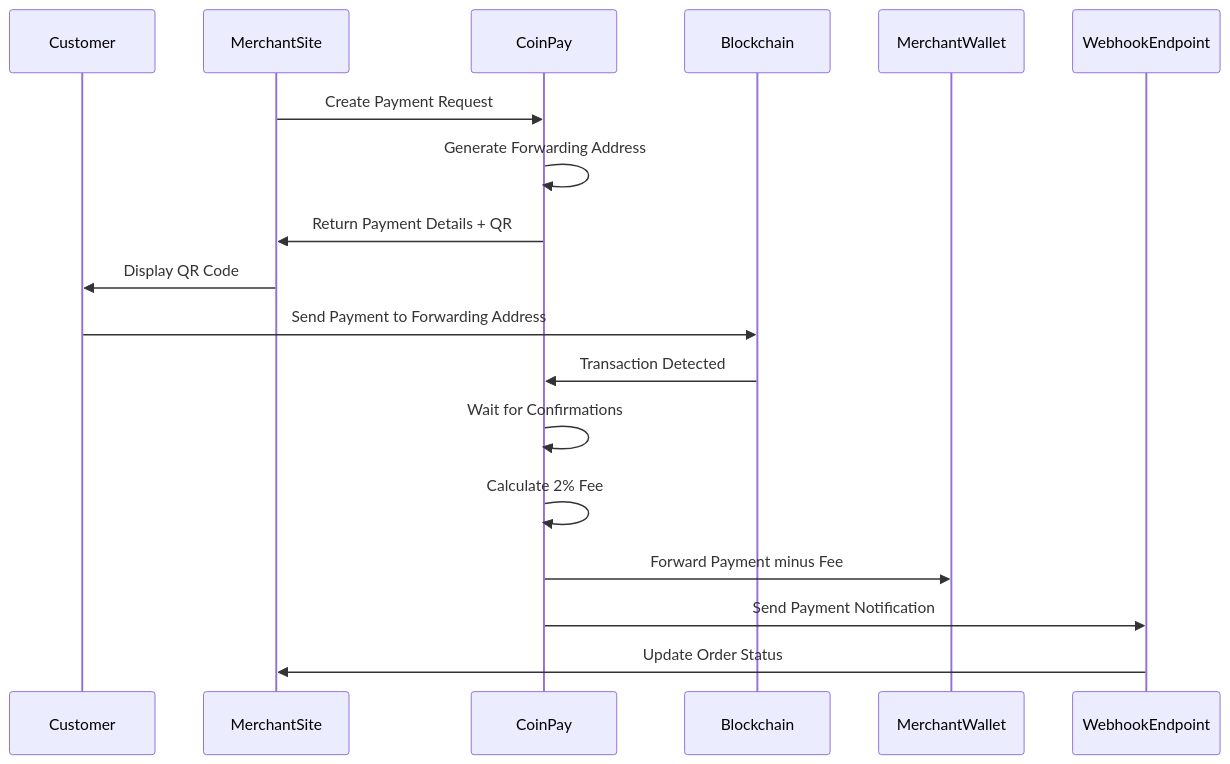
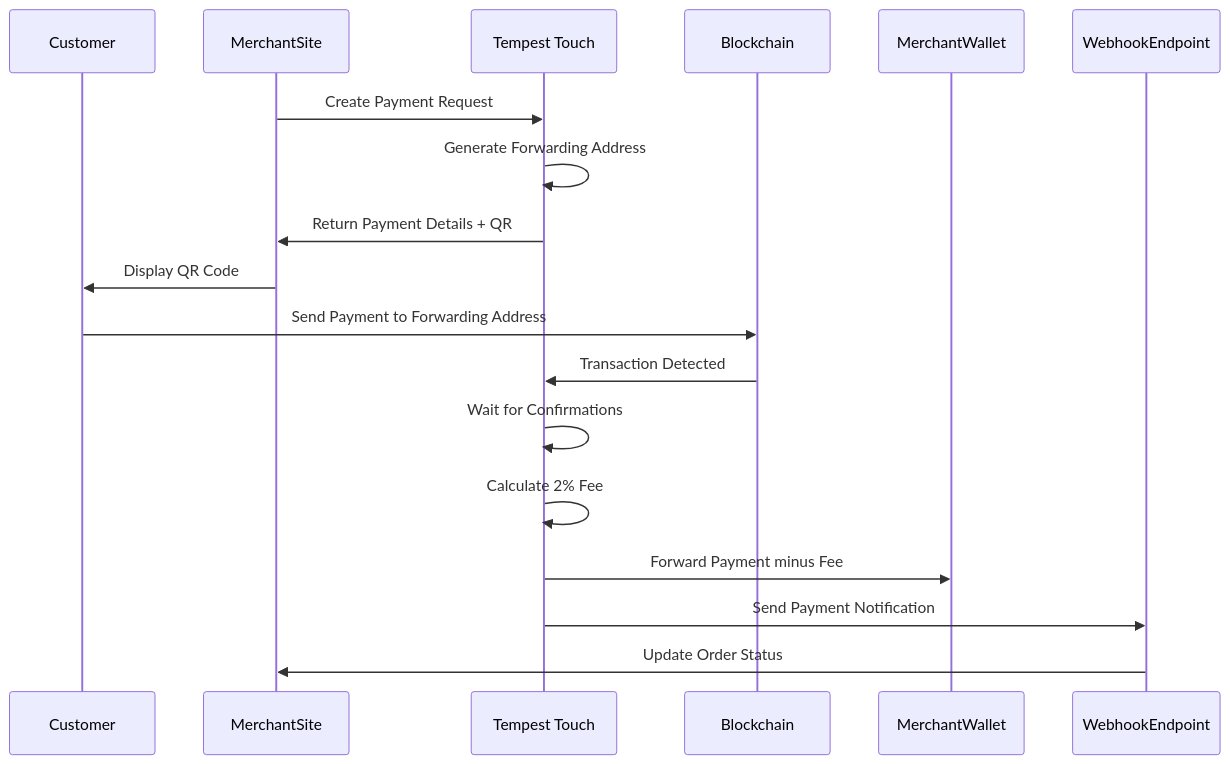
One commit to dellah-24/black-payment-services changed the second of 3 diagrams in docs/ARCHITECTURE.md. Above: the diagram before and after it, drawn with Mermaid. The commit also changed other lines of this file and 465 other files, not shown here.

````diff
--- a/docs/ARCHITECTURE.md
+++ b/docs/ARCHITECTURE.md
@@ -176,21 +176,21 @@
 ```mermaid
 sequenceDiagram
     participant Customer
     participant MerchantSite
-    participant CoinPay
+    participant Tempest Touch
     participant Blockchain
     participant MerchantWallet
     participant WebhookEndpoint
 
-    MerchantSite->>CoinPay: Create Payment Request
-    CoinPay->>CoinPay: Generate Forwarding Address
-    CoinPay->>MerchantSite: Return Payment Details + QR
+    MerchantSite->>Tempest Touch: Create Payment Request
+    Tempest Touch->>Tempest Touch: Generate Forwarding Address
+    Tempest Touch->>MerchantSite: Return Payment Details + QR
     MerchantSite->>Customer: Display QR Code
     Customer->>Blockchain: Send Payment to Forwarding Address
-    Blockchain->>CoinPay: Transaction Detected
-    CoinPay->>CoinPay: Wait for Confirmations
-    CoinPay->>CoinPay: Calculate 2% Fee
-    CoinPay->>MerchantWallet: Forward Payment minus Fee
-    CoinPay->>WebhookEndpoint: Send Payment Notification
+    Blockchain->>Tempest Touch: Transaction Detected
+    Tempest Touch->>Tempest Touch: Wait for Confirmations
+    Tempest Touch->>Tempest Touch: Calculate 2% Fee
+    Tempest Touch->>MerchantWallet: Forward Payment minus Fee
+    Tempest Touch->>WebhookEndpoint: Send Payment Notification
     WebhookEndpoint->>MerchantSite: Update Order Status
 ```
````
